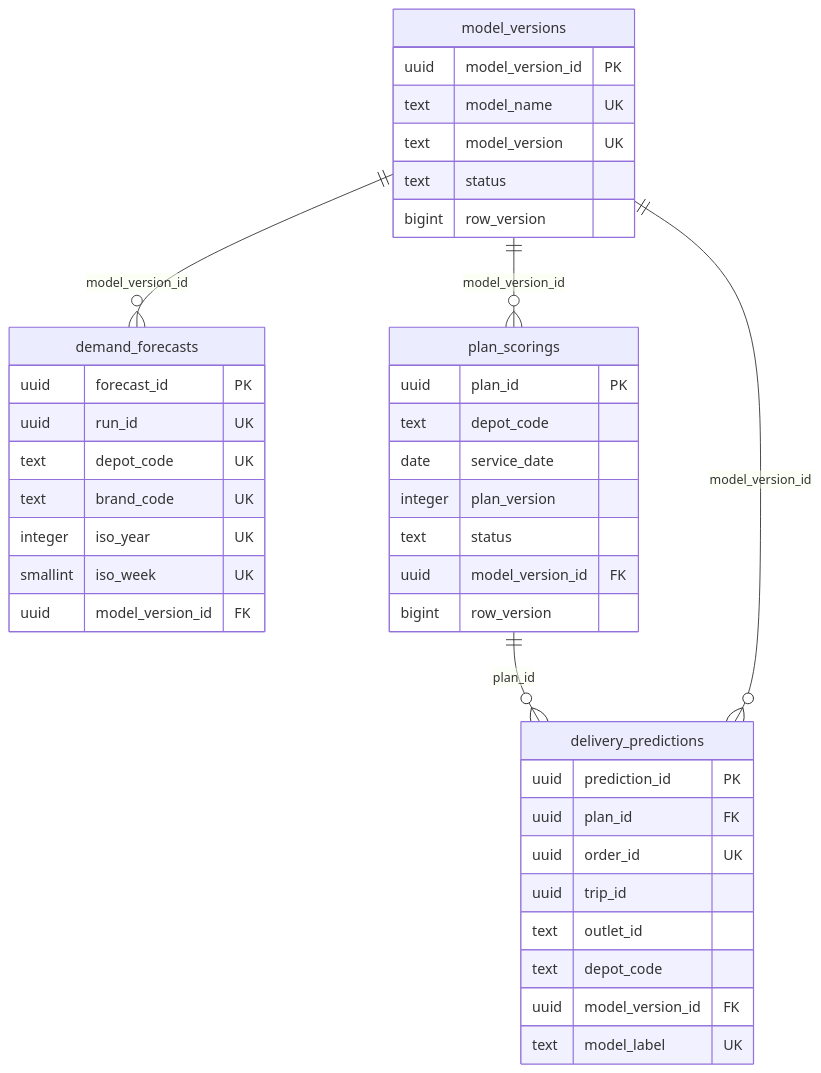
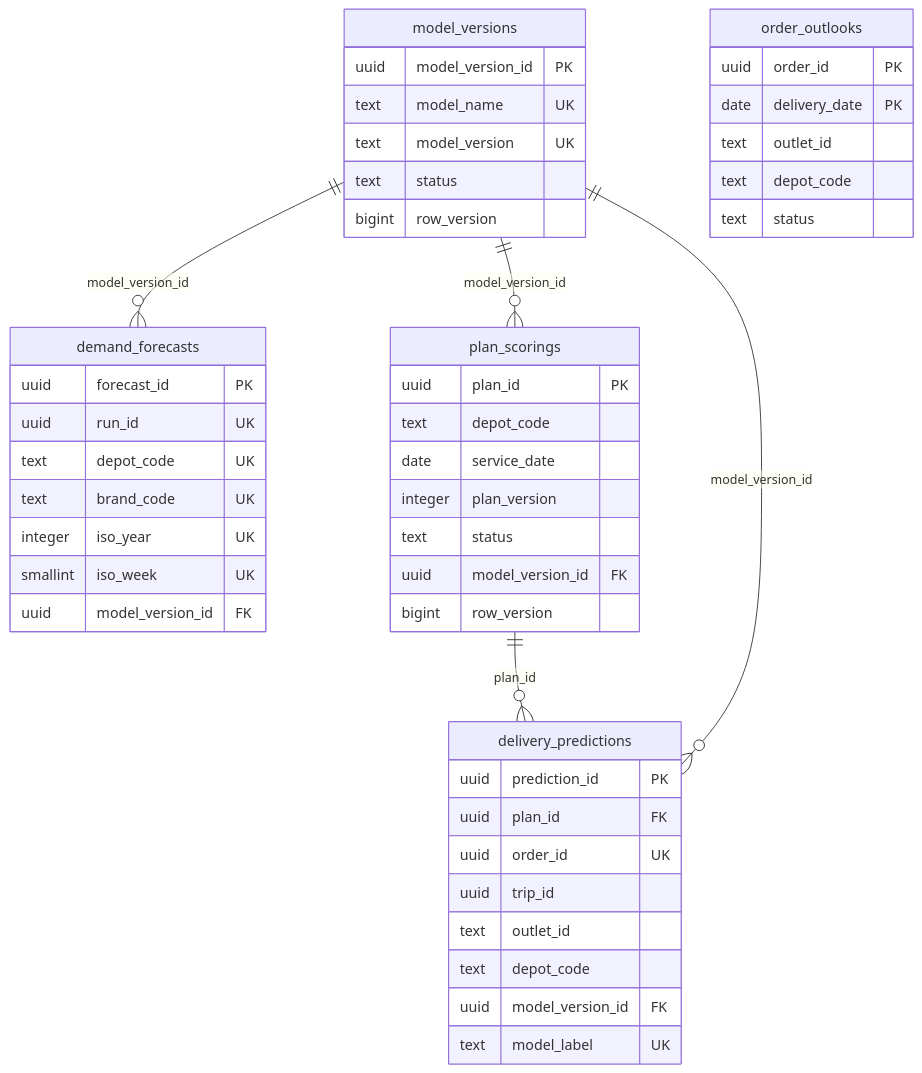
One commit to Dinusha-Ekanayake/Xception-WaypointGo changed diagram 14 of 16 in docs/data-model.md. Above: the diagram before and after it, drawn with Mermaid. The commit also changed other lines of this file and 12 other files, not shown here.

First line of the commit message:
docs: architecture diagrams and a current data model

````diff
--- a/docs/data-model.md
+++ b/docs/data-model.md
@@ -834,42 +948,49 @@
 ```mermaid
 erDiagram
   delivery_predictions {
     uuid prediction_id PK
     uuid plan_id FK
     uuid order_id UK
     uuid trip_id
     text outlet_id
     text depot_code
     uuid model_version_id FK
     text model_label UK
   }
   demand_forecasts {
     uuid forecast_id PK
     uuid run_id UK
     text depot_code UK
     text brand_code UK
     integer iso_year UK
     smallint iso_week UK
     uuid model_version_id FK
   }
   model_versions {
     uuid model_version_id PK
     text model_name UK
     text model_version UK
     text status
     bigint row_version
   }
+  order_outlooks {
+    uuid order_id PK
+    date delivery_date PK
+    text outlet_id
+    text depot_code
+    text status
+  }
   plan_scorings {
     uuid plan_id PK
     text depot_code
     date service_date
     integer plan_version
     text status
     uuid model_version_id FK
     bigint row_version
   }
   model_versions ||--o{ plan_scorings : "model_version_id"
   plan_scorings ||--o{ delivery_predictions : "plan_id"
   model_versions ||--o{ delivery_predictions : "model_version_id"
   model_versions ||--o{ demand_forecasts : "model_version_id"
 ```
````
